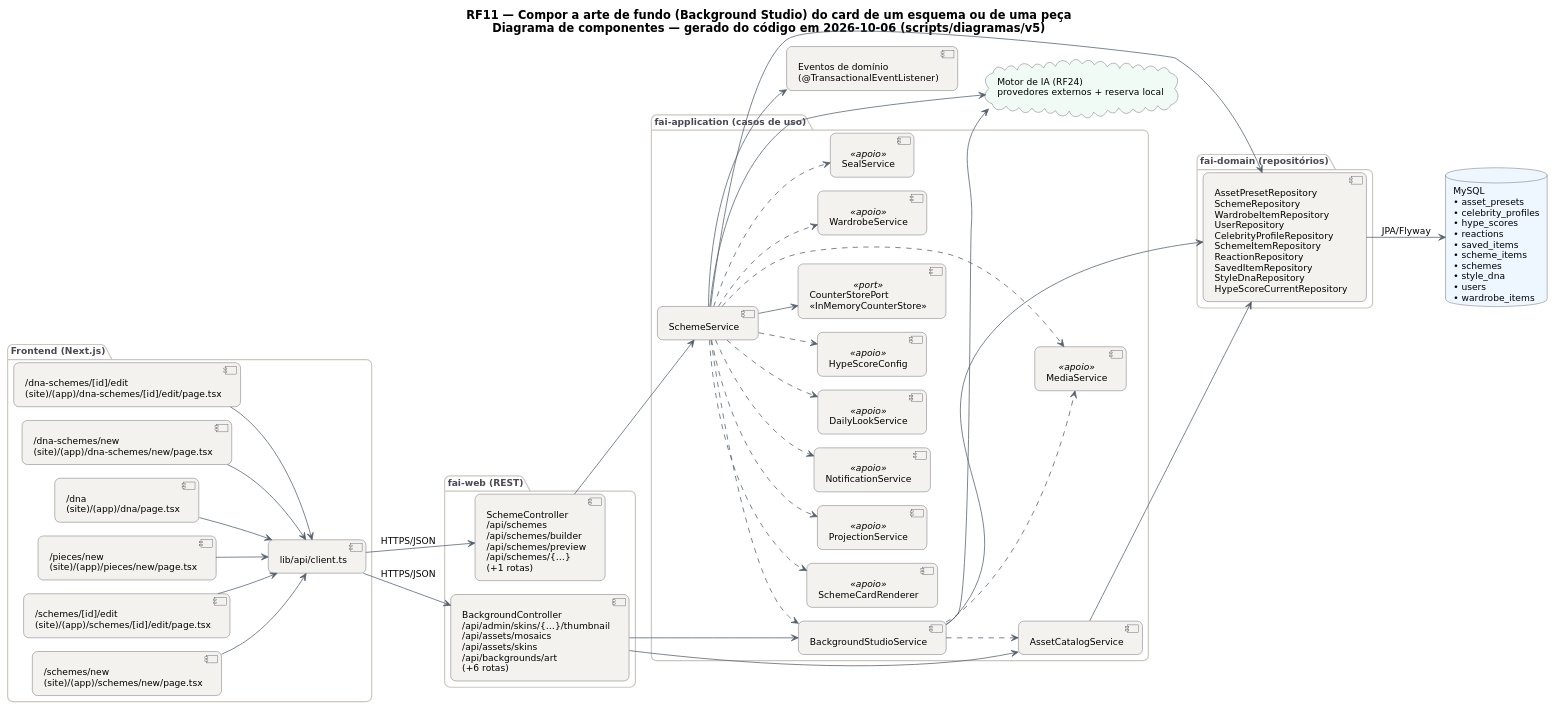
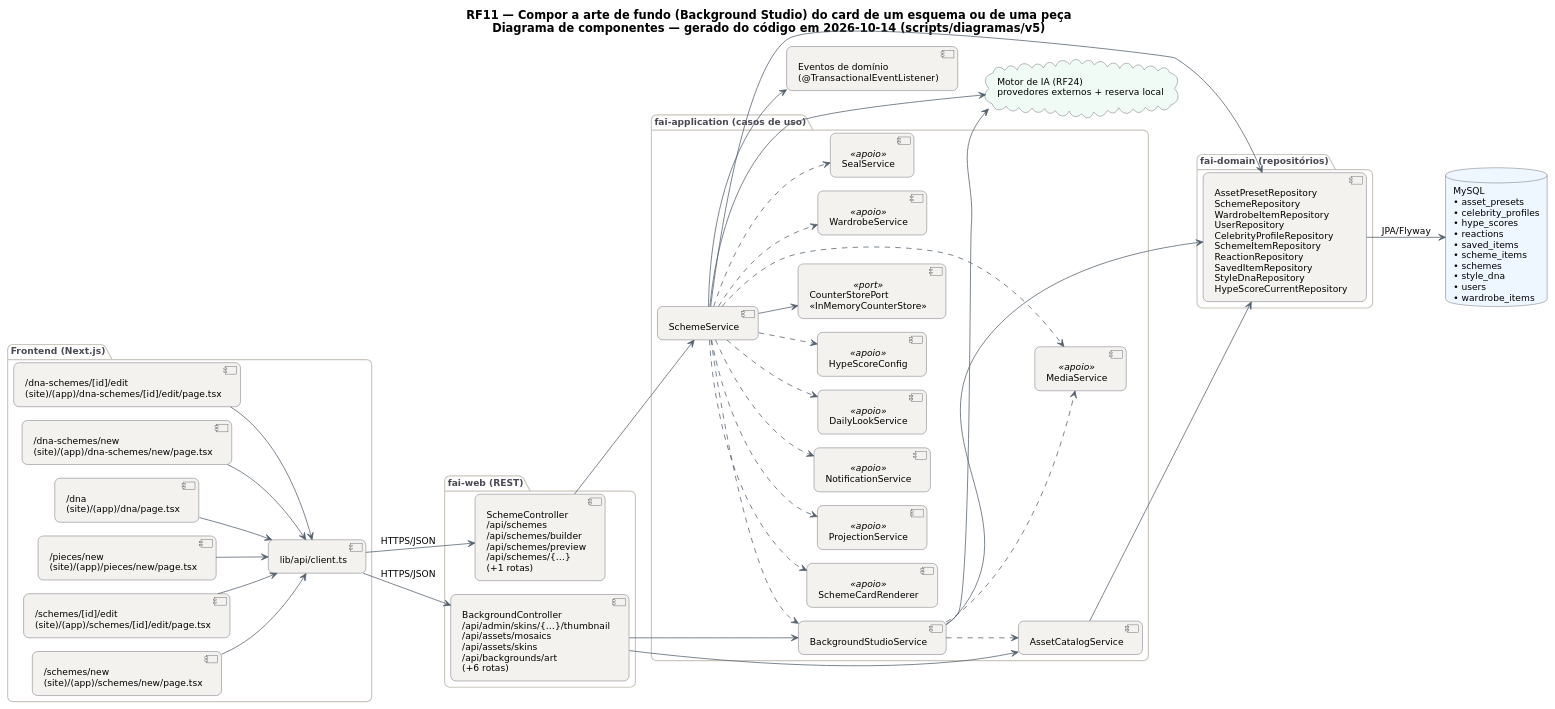
One commit to MatheusHaliski/tcc-2026-fashion-ai-backend changed the diagram in docs/diagramas/RF11/RF11-componentes.puml. Above: the diagram before and after it, drawn with PlantUML. The commit also changed 800 other files, not shown here.

Commit message:
Adiciona composições AURA, bordas Metamorfose, guia visual e atualiza diagramas

```diff
--- a/docs/diagramas/RF11/RF11-componentes.puml
+++ b/docs/diagramas/RF11/RF11-componentes.puml
@@ -1,97 +1,97 @@
 @startuml RF11_Componentes
 !pragma layout smetana
 skinparam backgroundColor #FFFFFF
 skinparam shadowing false
 skinparam defaultFontName "DejaVu Sans"
 skinparam defaultFontSize 12
 skinparam titleFontSize 15
 skinparam roundcorner 14
 skinparam ArrowColor #52606D
 skinparam note {
   BackgroundColor #FFFDEB
   BorderColor #D8CE78
   FontColor #554F24
 }
 skinparam component {
   BackgroundColor #F4F2EF
   BorderColor #4A4852
 }
 skinparam package {
   BorderColor #CBC6BE
   FontColor #4A4852
 }
 skinparam database {
   BackgroundColor #EEF6FF
   BorderColor #4A4852
 }
 skinparam cloud {
   BackgroundColor #F0FBF6
   BorderColor #4A4852
 }
 left to right direction
-title RF11 — Compor a arte de fundo (Background Studio) do card de um esquema ou de uma peça\nDiagrama de componentes — gerado do código em 2026-10-06 (scripts/diagramas/v5)
+title RF11 — Compor a arte de fundo (Background Studio) do card de um esquema ou de uma peça\nDiagrama de componentes — gerado do código em 2026-10-14 (scripts/diagramas/v5)
 
 package "Frontend (Next.js)" {
   component "/dna-schemes/[id]/edit\n(site)/(app)/dna-schemes/[id]/edit/page.tsx" as FE0
   component "/dna-schemes/new\n(site)/(app)/dna-schemes/new/page.tsx" as FE1
   component "/dna\n(site)/(app)/dna/page.tsx" as FE2
   component "/pieces/new\n(site)/(app)/pieces/new/page.tsx" as FE3
   component "/schemes/[id]/edit\n(site)/(app)/schemes/[id]/edit/page.tsx" as FE4
   component "/schemes/new\n(site)/(app)/schemes/new/page.tsx" as FE5
   component "lib/api/client.ts" as APIC
 }
 package "fai-web (REST)" {
   component "BackgroundController\n/api/admin/skins/{…}/thumbnail\n/api/assets/mosaics\n/api/assets/skins\n/api/backgrounds/art\n(+6 rotas)" as BackgroundController
   component "SchemeController\n/api/schemes\n/api/schemes/builder\n/api/schemes/preview\n/api/schemes/{…}\n(+1 rotas)" as SchemeController
 }
 package "fai-application (casos de uso)" {
   component "BackgroundStudioService" as BackgroundStudioService
   component "AssetCatalogService" as AssetCatalogService
   component "SchemeService" as SchemeService
   component "MediaService" as MediaService <<apoio>>
   component "WardrobeService" as WardrobeService <<apoio>>
   component "SealService" as SealService <<apoio>>
   component "SchemeCardRenderer" as SchemeCardRenderer <<apoio>>
   component "ProjectionService" as ProjectionService <<apoio>>
   component "NotificationService" as NotificationService <<apoio>>
   component "DailyLookService" as DailyLookService <<apoio>>
   component "HypeScoreConfig" as HypeScoreConfig <<apoio>>
   component "CounterStorePort\n«InMemoryCounterStore»" as CounterStorePort <<port>>
 }
 package "fai-domain (repositórios)" {
   component "AssetPresetRepository\nSchemeRepository\nWardrobeItemRepository\nUserRepository\nCelebrityProfileRepository\nSchemeItemRepository\nReactionRepository\nSavedItemRepository\nStyleDnaRepository\nHypeScoreCurrentRepository" as REPO_MySQL
 }
 database "MySQL\n• asset_presets\n• celebrity_profiles\n• hype_scores\n• reactions\n• saved_items\n• scheme_items\n• schemes\n• style_dna\n• users\n• wardrobe_items" as DB_MySQL
 cloud "Motor de IA (RF24)\nprovedores externos + reserva local" as AI
 component "Eventos de domínio\n(@TransactionalEventListener)" as EV
 APIC --> BackgroundController : HTTPS/JSON
 APIC --> SchemeController : HTTPS/JSON
 AssetCatalogService --> REPO_MySQL
 BackgroundController --> AssetCatalogService
 BackgroundController --> BackgroundStudioService
 BackgroundStudioService --> AI
 BackgroundStudioService --> REPO_MySQL
 BackgroundStudioService ..> AssetCatalogService
 BackgroundStudioService ..> MediaService
 FE0 --> APIC
 FE1 --> APIC
 FE2 --> APIC
 FE3 --> APIC
 FE4 --> APIC
 FE5 --> APIC
 REPO_MySQL --> DB_MySQL : JPA/Flyway
 SchemeController --> SchemeService
 SchemeService --> AI
 SchemeService --> CounterStorePort
 SchemeService --> EV
 SchemeService --> REPO_MySQL
 SchemeService ..> BackgroundStudioService
 SchemeService ..> DailyLookService
 SchemeService ..> HypeScoreConfig
 SchemeService ..> MediaService
 SchemeService ..> NotificationService
 SchemeService ..> ProjectionService
 SchemeService ..> SchemeCardRenderer
 SchemeService ..> SealService
 SchemeService ..> WardrobeService
 @enduml
```
